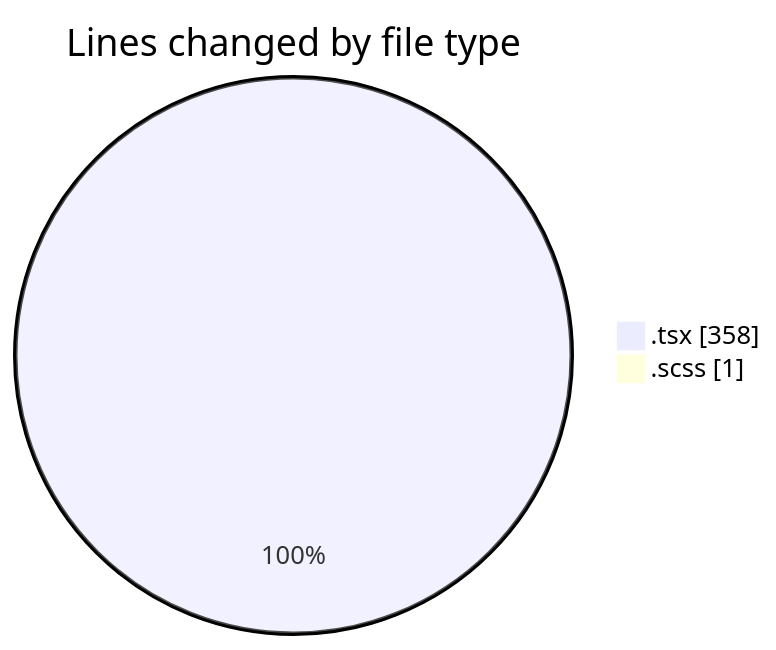
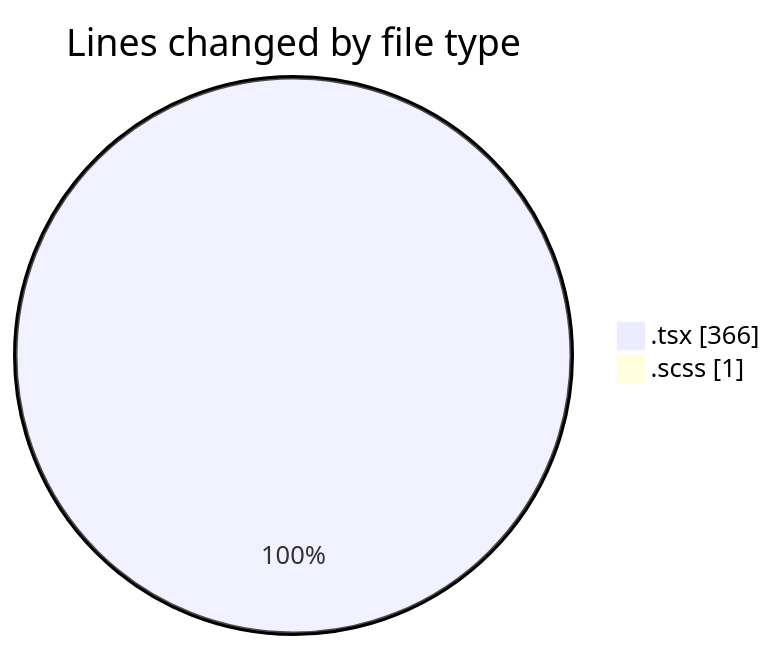
The first of 2 diagrams in 2025-03-19/cda/README.md (momahboobian/code-tracking), drawn with Mermaid before and after one commit. The commit also changed other lines of this file and 1 other file, not shown here.

````diff
--- a/2025-03-19/cda/README.md
+++ b/2025-03-19/cda/README.md
@@ -23,6 +23,6 @@
 ```mermaid
 pie showData
 title Lines changed by file type
-".tsx" : 358
+".tsx" : 366
 ".scss" : 1
 ```
````
